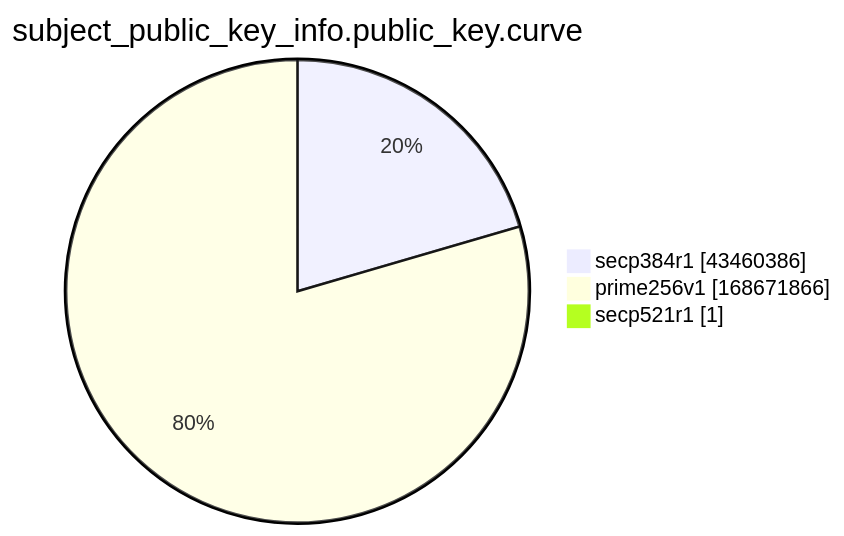
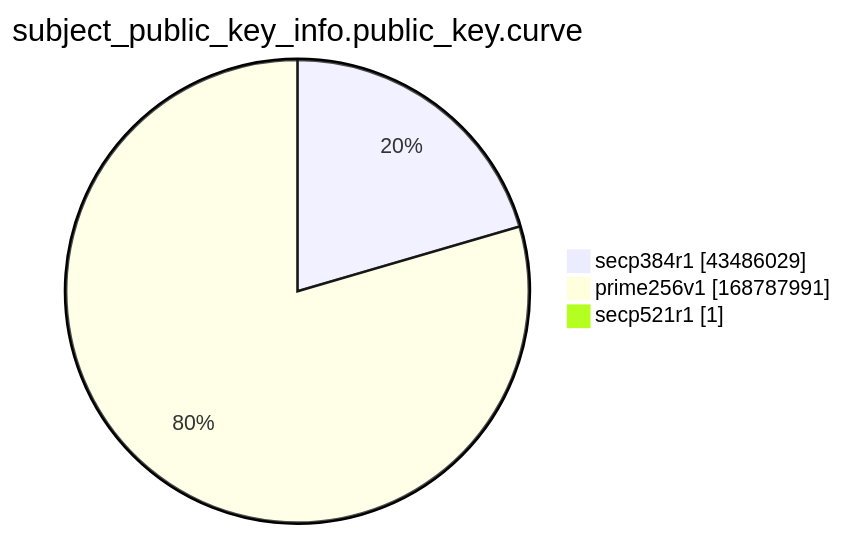
The ninth of 15 diagrams in xenon2022/README.md (christiankrug/ctmonitor_visualization), drawn with Mermaid before and after one commit. The commit also changed other lines of this file, not shown here.

````diff
--- a/xenon2022/README.md
+++ b/xenon2022/README.md
@@ -2870,7 +2870,7 @@
 ```mermaid
 pie showData
 title subject_public_key_info.public_key.curve
-"secp384r1" :43460386
-"prime256v1" :168671866
+"secp384r1" :43486029
+"prime256v1" :168787991
 "secp521r1" :1
 ```
````
